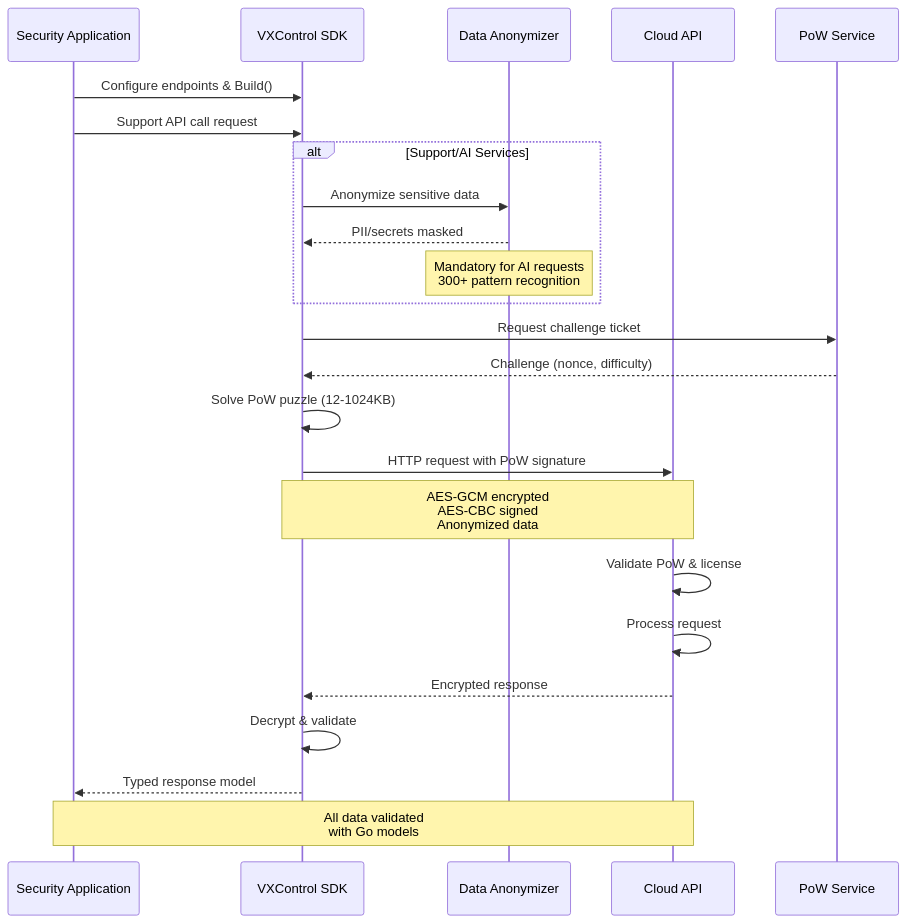
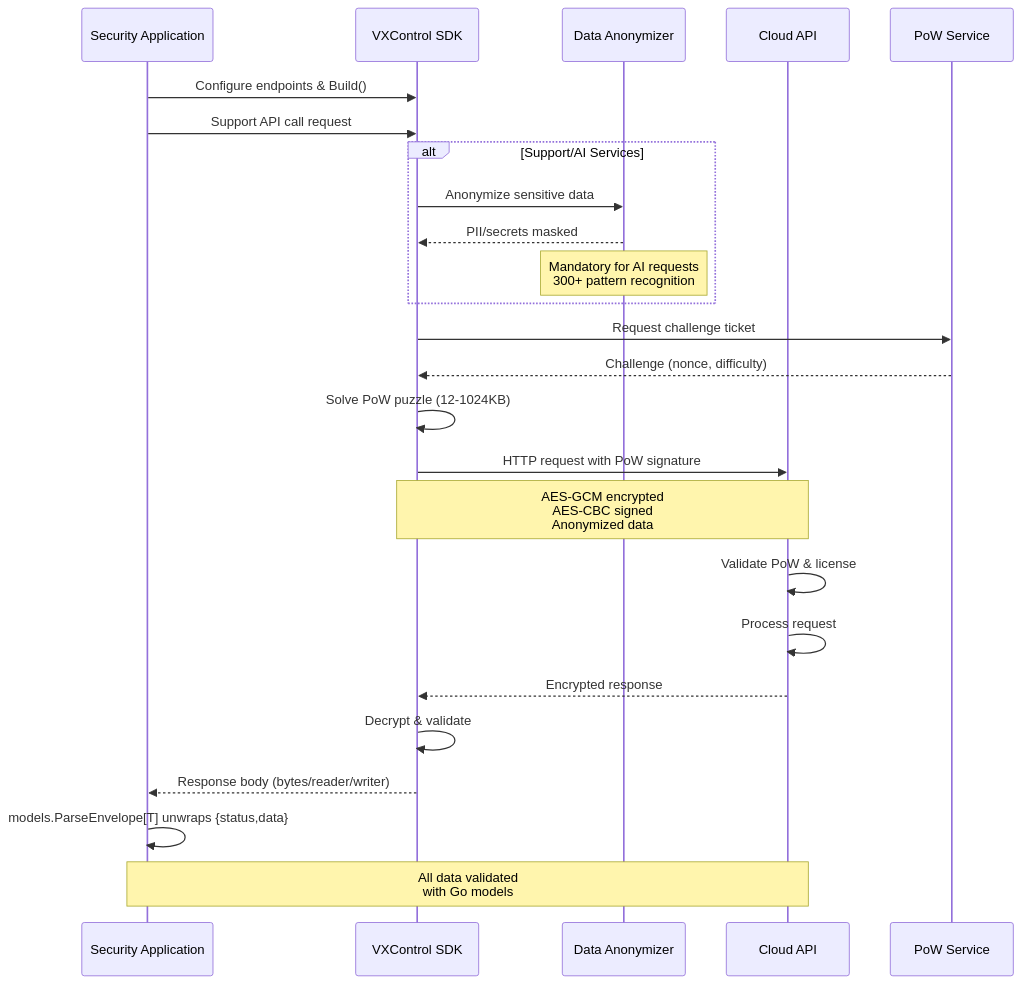
Before and after one commit to vxcontrol/cloud: the diagram in API.md, drawn with Mermaid. The commit also changed other lines of this file and 22 other files, not shown here.

First line of the commit message:
feat: rework update/support contracts, fix SDK retry body replay, and refresh docs for v1.0.0

````diff
--- a/API.md
+++ b/API.md
@@ -9,33 +9,34 @@
 ```mermaid
 sequenceDiagram
     participant App as Security Application
     participant SDK as VXControl SDK
     participant Anon as Data Anonymizer
     participant API as Cloud API
     participant PoW as PoW Service
 
     App->>SDK: Configure endpoints & Build()
     App->>SDK: Support API call request
 
     alt Support/AI Services
         SDK->>Anon: Anonymize sensitive data
         Anon-->>SDK: PII/secrets masked
         Note over Anon: Mandatory for AI requests<br/>300+ pattern recognition
     end
 
     SDK->>PoW: Request challenge ticket
     PoW-->>SDK: Challenge (nonce, difficulty)
     SDK->>SDK: Solve PoW puzzle (12-1024KB)
 
     SDK->>API: HTTP request with PoW signature
     Note over SDK,API: AES-GCM encrypted<br/>AES-CBC signed<br/>Anonymized data
 
     API->>API: Validate PoW & license
     API->>API: Process request
     API-->>SDK: Encrypted response
 
     SDK->>SDK: Decrypt & validate
-    SDK-->>App: Typed response model
+    SDK-->>App: Response body (bytes/reader/writer)
+    App->>App: models.ParseEnvelope[T] unwraps {status,data}
 
     Note over App,API: All data validated<br/>with Go models
 ```
````
